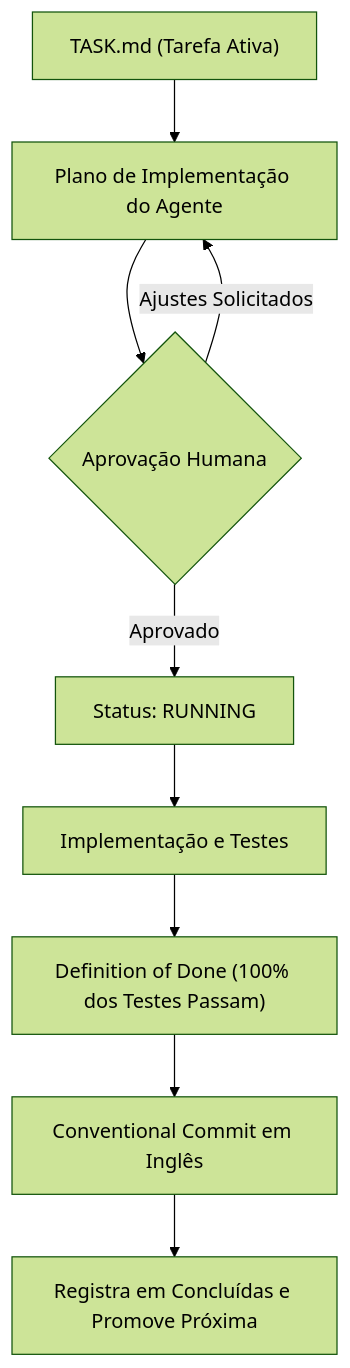
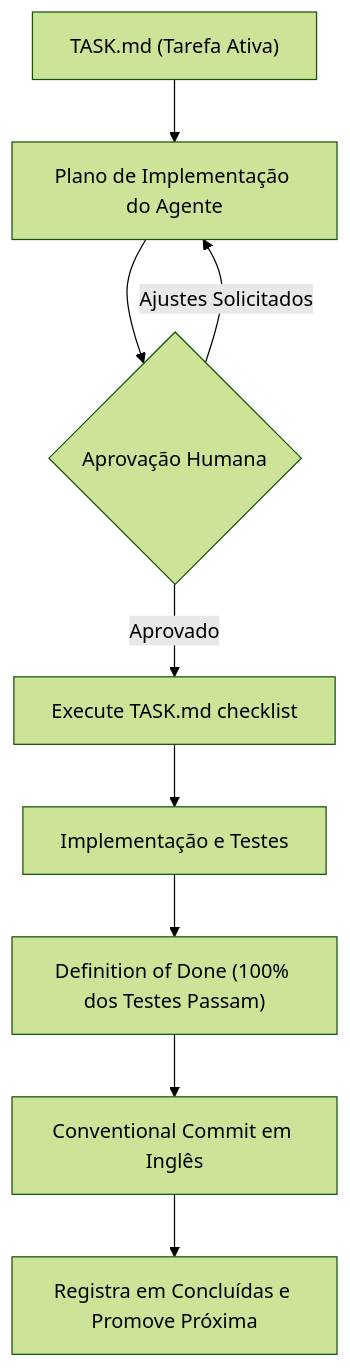
The diagram in README.pt-br.md (ye-sandbox/template-agent), drawn with Mermaid (forest theme) before and after one commit. The commit also changed other lines of this file and 1 other file, not shown here.

Commit message:
docs(readme): align greenfield workflow diagram with lean checklist

````diff
--- a/README.pt-br.md
+++ b/README.pt-br.md
@@ -25,11 +25,11 @@
 ```mermaid
 flowchart TD
     Task["TASK.md (Tarefa Ativa)"] --> Plan["Plano de Implementação do Agente"]
     Plan --> Review{"Aprovação Humana"}
-    Review -->|"Aprovado"| Running["Status: RUNNING"]
+    Review -->|"Aprovado"| Running["Execute TASK.md checklist"]
     Review -->|"Ajustes Solicitados"| Plan
     Running --> Code["Implementação e Testes"]
     Code --> DoD["Definition of Done (100% dos Testes Passam)"]
     DoD --> Commit["Conventional Commit em Inglês"]
     Commit --> Done["Registra em Concluídas e Promove Próxima"]
 ```
````
